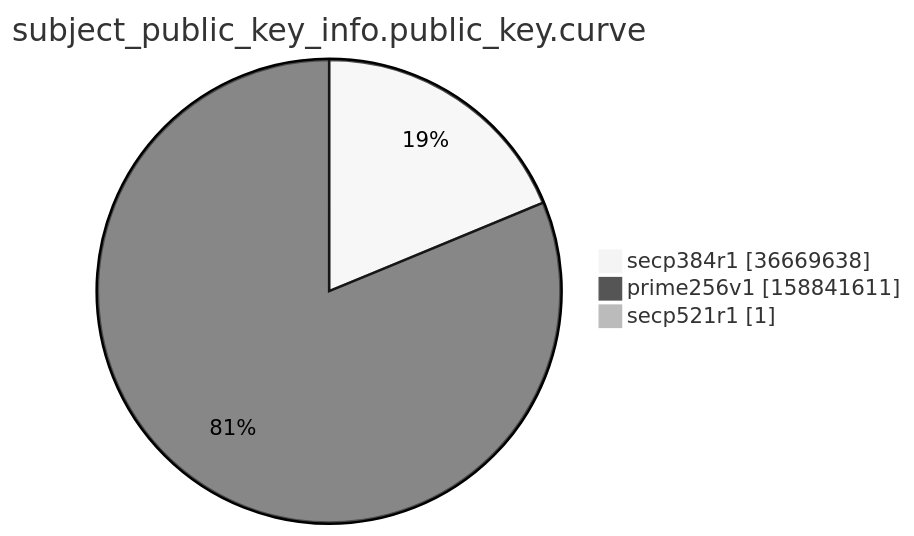
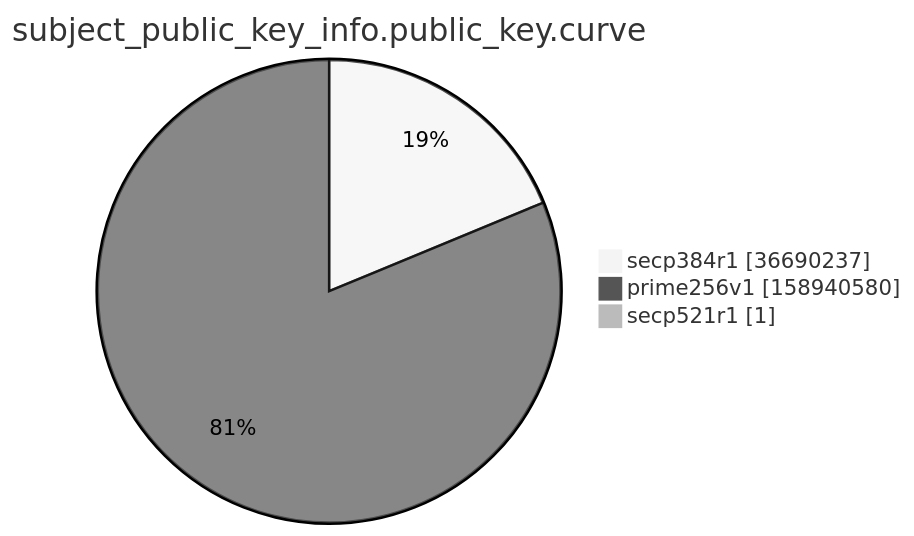
The ninth of 15 diagrams in argon2022/README.md (christiankrug/ctmonitor_visualization), drawn with Mermaid (neutral theme) before and after one commit. The commit also changed other lines of this file, not shown here.

````diff
--- a/argon2022/README.md
+++ b/argon2022/README.md
@@ -2766,7 +2766,7 @@
 ```mermaid
 pie showData
 title subject_public_key_info.public_key.curve
-"secp384r1" :36669638
-"prime256v1" :158841611
+"secp384r1" :36690237
+"prime256v1" :158940580
 "secp521r1" :1
 ```
````
